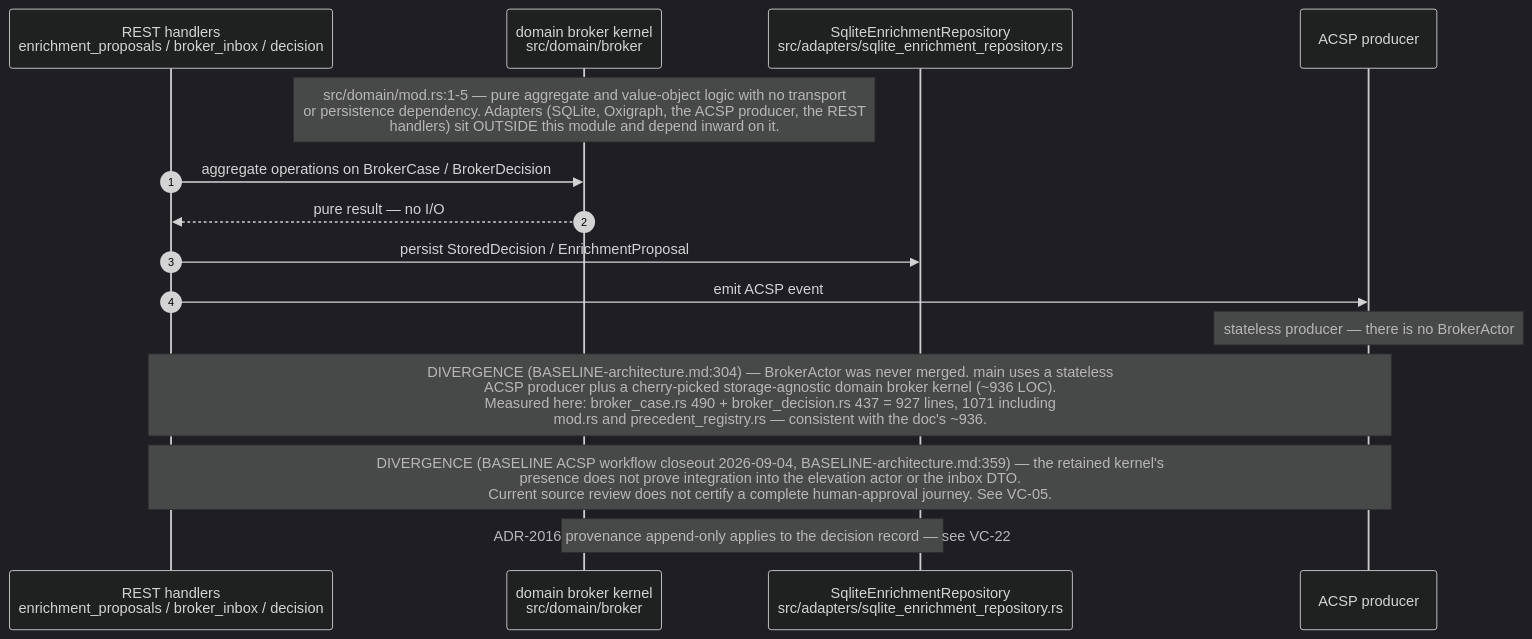
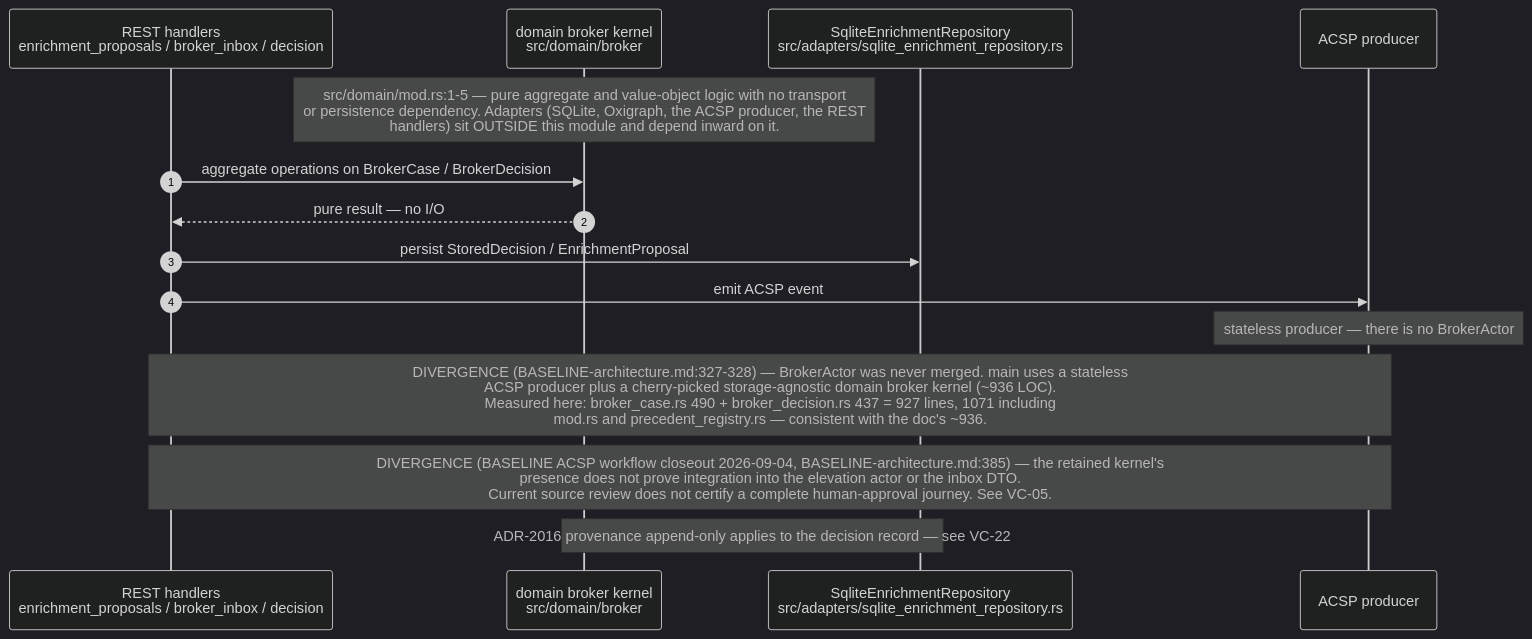
Before and after one commit to DreamLab-AI/VisionFlow: the seventh of 9 diagrams in docs/diagrams/visionclaw/07-hexagonal-ports-and-crates.md, drawn with Mermaid (dark theme). The commit also changed other lines of this file and 173 other files, not shown here.

````diff
--- a/docs/diagrams/visionclaw/07-hexagonal-ports-and-crates.md
+++ b/docs/diagrams/visionclaw/07-hexagonal-ports-and-crates.md
@@ -318,18 +333,18 @@
 ```mermaid
 sequenceDiagram
     autonumber
     participant H as REST handlers<br/>enrichment_proposals / broker_inbox / decision
     participant K as domain broker kernel<br/>src/domain/broker
     participant AD as SqliteEnrichmentRepository<br/>src/adapters/sqlite_enrichment_repository.rs
     participant AC as ACSP producer
 
     Note over K: src/domain/mod.rs:1-5 — pure aggregate and value-object logic with no transport<br/>or persistence dependency. Adapters (SQLite, Oxigraph, the ACSP producer, the REST<br/>handlers) sit OUTSIDE this module and depend inward on it.
     H->>K: aggregate operations on BrokerCase / BrokerDecision
     K-->>H: pure result — no I/O
     H->>AD: persist StoredDecision / EnrichmentProposal
     H->>AC: emit ACSP event
     Note over AC: stateless producer — there is no BrokerActor
-    Note over H,AC: DIVERGENCE (BASELINE-architecture.md:304) — BrokerActor was never merged. main uses a stateless<br/>ACSP producer plus a cherry-picked storage-agnostic domain broker kernel (~936 LOC).<br/>Measured here: broker_case.rs 490 + broker_decision.rs 437 = 927 lines, 1071 including<br/>mod.rs and precedent_registry.rs — consistent with the doc's ~936.
-    Note over H,AC: DIVERGENCE (BASELINE ACSP workflow closeout 2026-09-04, BASELINE-architecture.md:359) — the retained kernel's<br/>presence does not prove integration into the elevation actor or the inbox DTO.<br/>Current source review does not certify a complete human-approval journey. See VC-05.
+    Note over H,AC: DIVERGENCE (BASELINE-architecture.md:327-328) — BrokerActor was never merged. main uses a stateless<br/>ACSP producer plus a cherry-picked storage-agnostic domain broker kernel (~936 LOC).<br/>Measured here: broker_case.rs 490 + broker_decision.rs 437 = 927 lines, 1071 including<br/>mod.rs and precedent_registry.rs — consistent with the doc's ~936.
+    Note over H,AC: DIVERGENCE (BASELINE ACSP workflow closeout 2026-09-04, BASELINE-architecture.md:385) — the retained kernel's<br/>presence does not prove integration into the elevation actor or the inbox DTO.<br/>Current source review does not certify a complete human-approval journey. See VC-05.
     Note over K,AD: ADR-2016 provenance append-only applies to the decision record — see VC-22
 ```
````
